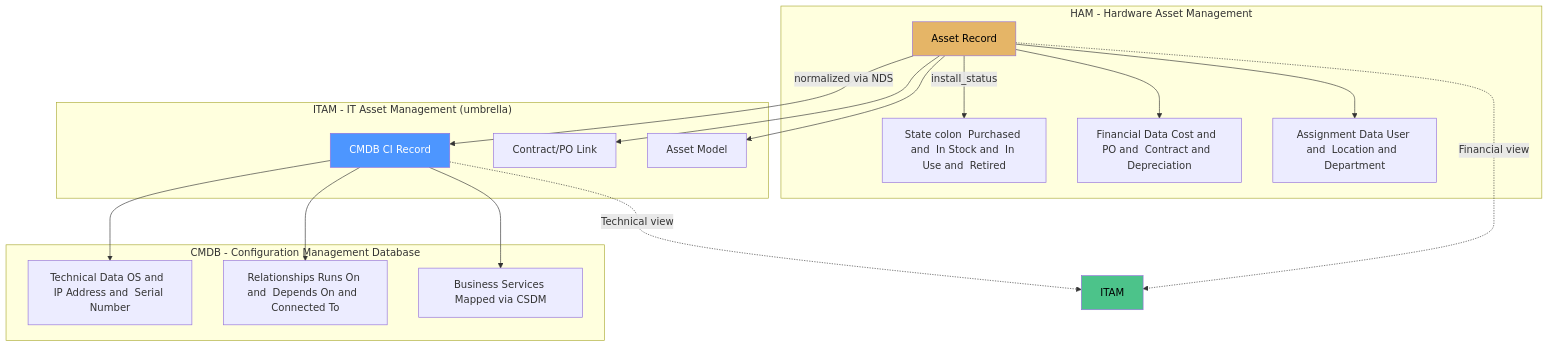
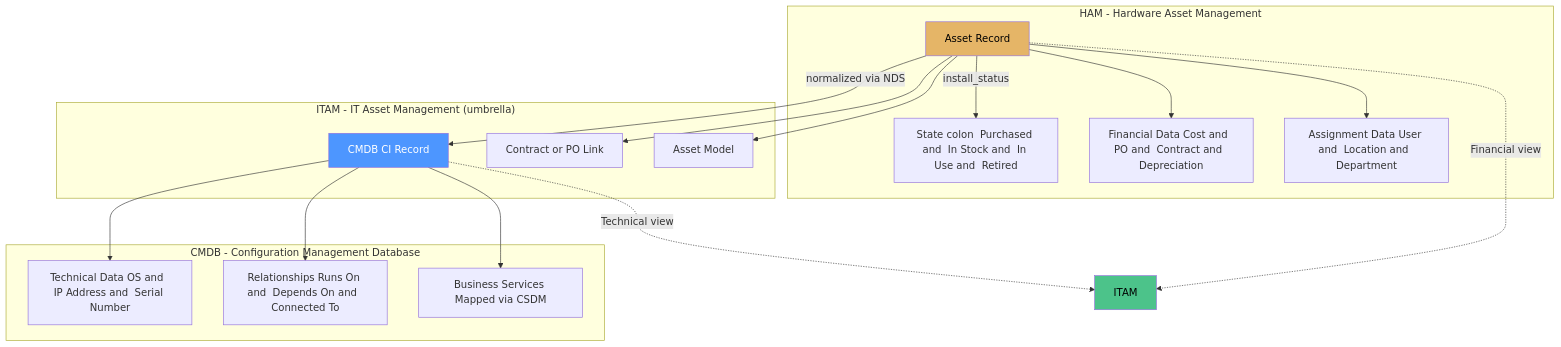
Before and after one commit to eltonaguiar/ServiceNow_Learning_TSOM-_CSM_FSM_SalesCRM_HAM_ITSM: the sixth of 9 diagrams in docs/modules/ham/ham-guide.md, drawn with Mermaid. The commit also changed other lines of this file and 19 other files, not shown here.

First line of the commit message:
Fix Mermaid diagram syntax errors - replace problematic chars in text content only

````diff
--- a/docs/modules/ham/ham-guide.md
+++ b/docs/modules/ham/ham-guide.md
@@ -540,30 +540,30 @@
 ```mermaid
 flowchart TD
     subgraph "HAM  -  Hardware Asset Management"
         HAM[Asset Record] -->|install_status| STATE[State colon  Purchased and  In Stock and  In Use and  Retired]
         HAM --> FIN[Financial Data Cost and  PO and  Contract and  Depreciation]
         HAM --> ASG[Assignment Data User and  Location and  Department]
     end
     
     subgraph "ITAM  -  IT Asset Management (umbrella)"
         HAM -->|normalized via NDS| CMDB[CMDB CI Record]
-        HAM --> CONTRACT[Contract/PO Link]
+        HAM --> CONTRACT[Contract or PO Link]
         HAM --> MODEL[Asset Model]
     end
     
     subgraph "CMDB  -  Configuration Management Database"
         CMDB --> TEC[Technical Data OS and  IP Address and  Serial Number]
         CMDB --> REL[Relationships Runs On and  Depends On and  Connected To]
         CMDB --> SERVICES[Business Services Mapped via CSDM]
     end
     
     HAM -.->|Financial view| ITAM
     CMDB -.->|Technical view| ITAM
     
     style HAM fill:#e5b567,color:#000
     style ITAM fill:#4cc38a,color:#000
     style CMDB fill:#4d96ff,color:#fff
     
     
     
 ```
````
